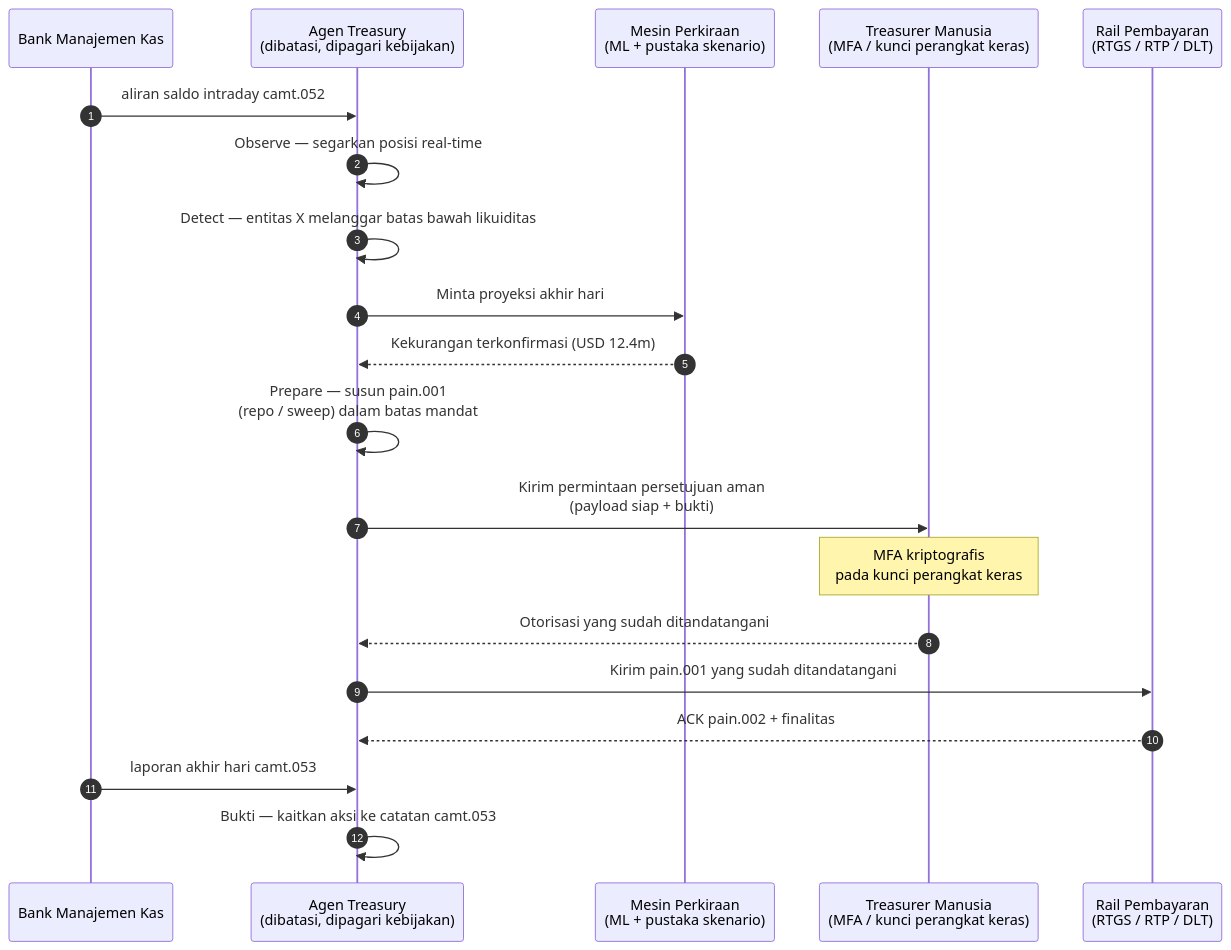
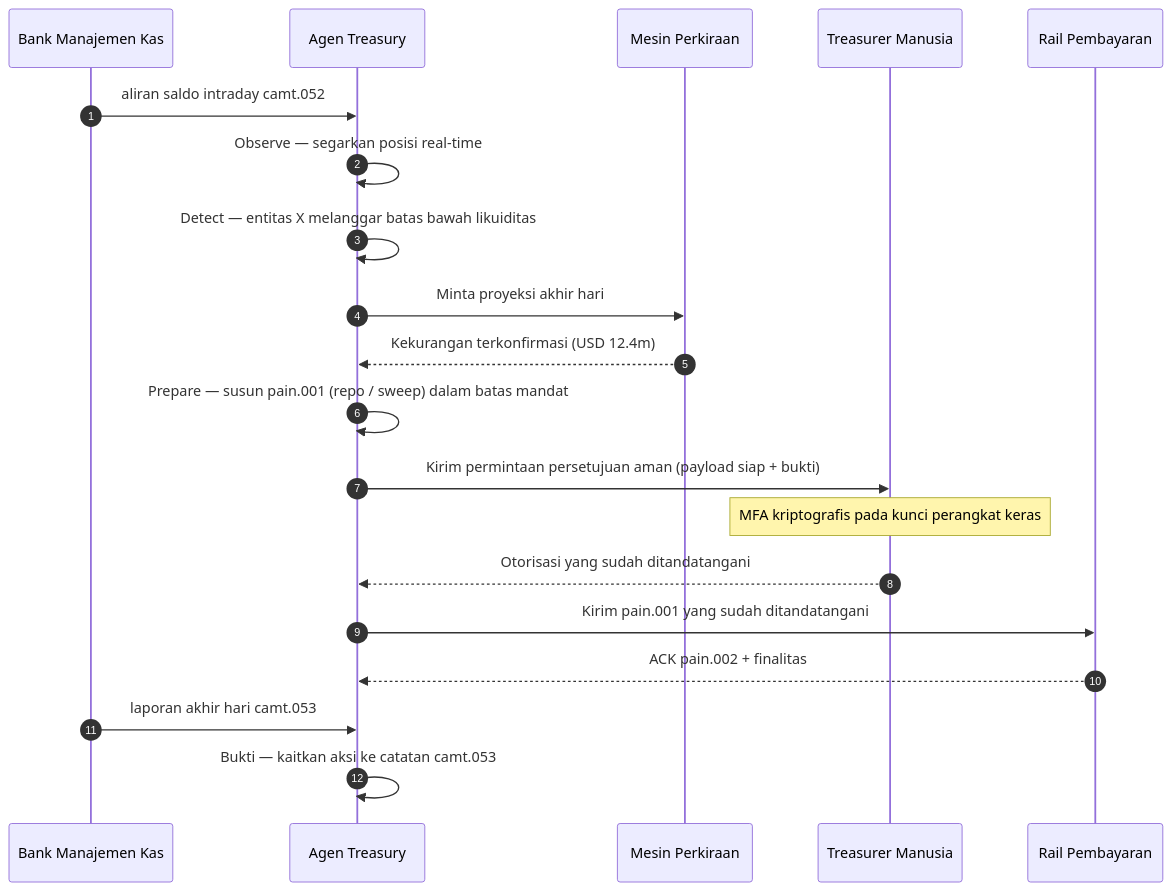
Before and after one commit to sebastienrousseau/sebastienrousseau.github.io: the diagram in _posts/id/2026-06-07-autonomous-treasury-index-programmable-liquidity-tokenised-deposits-2026.md, drawn with Mermaid. The commit also changed 2231 other files, not shown here.

First line of the commit message:
fix(mermaid): unblock Mermaid v10 rendering end-to-end (#198)

````diff
--- a/_posts/id/2026-06-07-autonomous-treasury-index-programmable-liquidity-tokenised-deposits-2026.md
+++ b/_posts/id/2026-06-07-autonomous-treasury-index-programmable-liquidity-tokenised-deposits-2026.md
@@ -152,23 +152,22 @@
 ```mermaid
 sequenceDiagram
     autonumber
     participant Banks as Bank Manajemen Kas
-    participant Agent as Agen Treasury<br/>(dibatasi, dipagari kebijakan)
-    participant Forecast as Mesin Perkiraan<br/>(ML + pustaka skenario)
-    participant Treasurer as Treasurer Manusia<br/>(MFA / kunci perangkat keras)
-    participant Rails as Rail Pembayaran<br/>(RTGS / RTP / DLT)
-
+    participant Agent as Agen Treasury
+    participant Forecast as Mesin Perkiraan
+    participant Treasurer as Treasurer Manusia
+    participant Rails as Rail Pembayaran
     Banks->>Agent: aliran saldo intraday camt.052
     Agent->>Agent: Observe — segarkan posisi real-time
     Agent->>Agent: Detect — entitas X melanggar batas bawah likuiditas
     Agent->>Forecast: Minta proyeksi akhir hari
     Forecast-->>Agent: Kekurangan terkonfirmasi (USD 12.4m)
-    Agent->>Agent: Prepare — susun pain.001<br/>(repo / sweep) dalam batas mandat
-    Agent->>Treasurer: Kirim permintaan persetujuan aman<br/>(payload siap + bukti)
-    Note over Treasurer: MFA kriptografis<br/>pada kunci perangkat keras
+    Agent->>Agent: Prepare — susun pain.001 (repo / sweep) dalam batas mandat
+    Agent->>Treasurer: Kirim permintaan persetujuan aman (payload siap + bukti)
+    Note over Treasurer: MFA kriptografis pada kunci perangkat keras
     Treasurer-->>Agent: Otorisasi yang sudah ditandatangani
     Agent->>Rails: Kirim pain.001 yang sudah ditandatangani
     Rails-->>Agent: ACK pain.002 + finalitas
     Banks->>Agent: laporan akhir hari camt.053
     Agent->>Agent: Bukti — kaitkan aksi ke catatan camt.053
 ```
````
